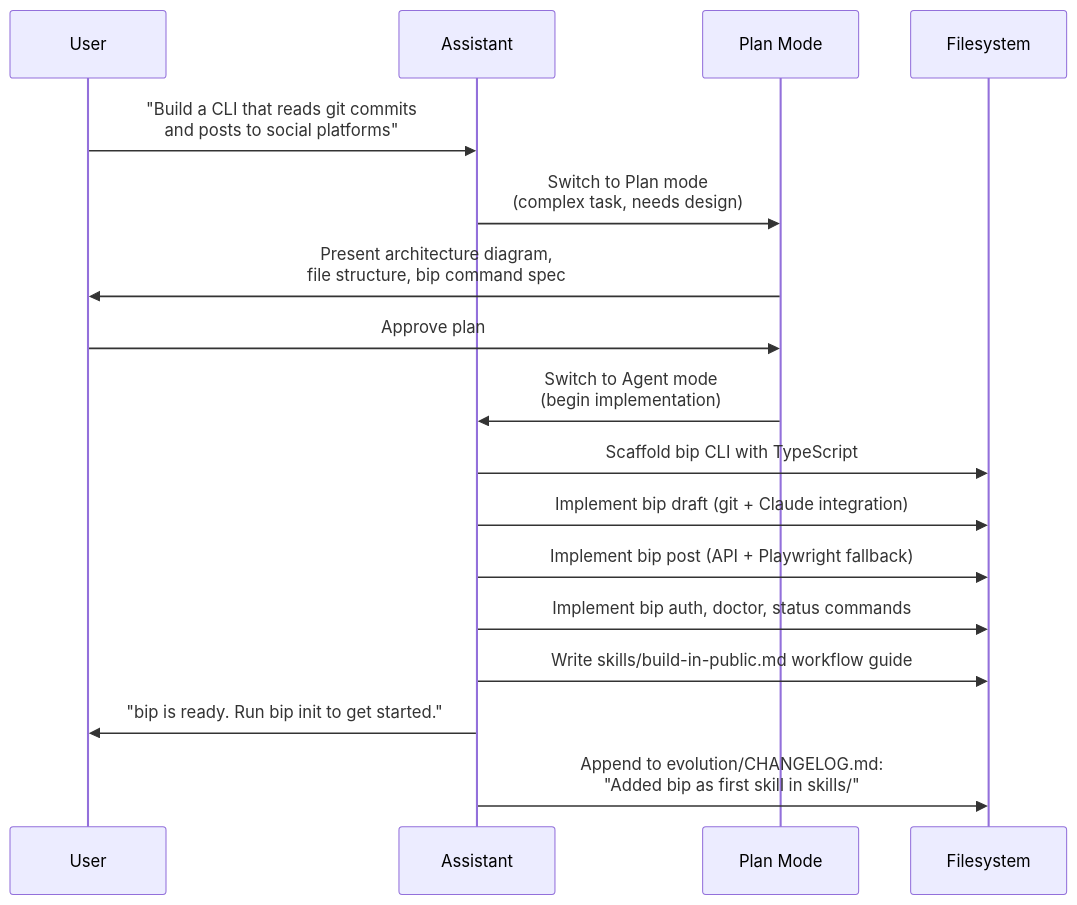
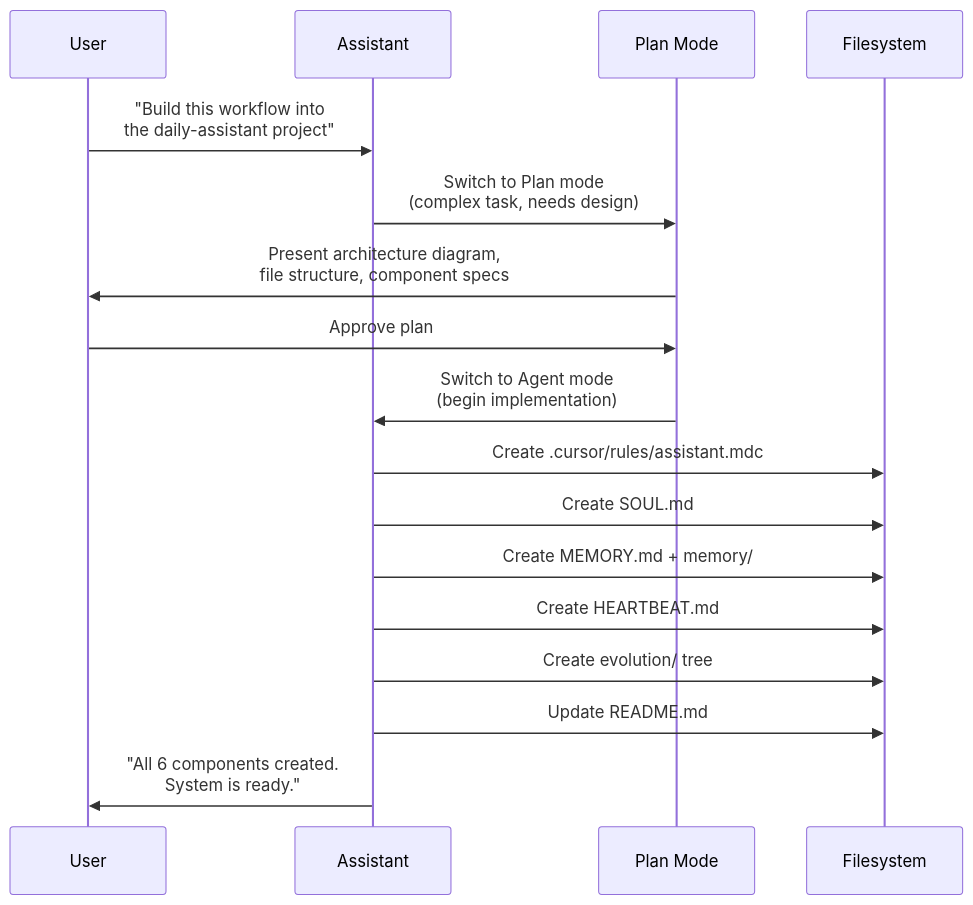
One commit to cynthialmy/cynthialmy.github.io changed the seventh of 11 diagrams in _posts/2026-02-27-self-evolving-ai-assistant.md. Above: the diagram before and after it, drawn with Mermaid. The commit also changed other lines of this file, not shown here.

Commit message:
updated post about bip

````diff
--- a/_posts/2026-02-27-self-evolving-ai-assistant.md
+++ b/_posts/2026-02-27-self-evolving-ai-assistant.md
@@ -431,20 +466,20 @@
 ```mermaid
 sequenceDiagram
     participant User
     participant Assistant
     participant Plan as Plan Mode
     participant FS as Filesystem
 
-    User->>Assistant: "Build a CLI that reads git commits<br/>and posts to social platforms"
+    User->>Assistant: "Build this workflow into<br/>the daily-assistant project"
     Assistant->>Plan: Switch to Plan mode<br/>(complex task, needs design)
-    Plan->>User: Present architecture diagram,<br/>file structure, bip command spec
+    Plan->>User: Present architecture diagram,<br/>file structure, component specs
     User->>Plan: Approve plan
     Plan->>Assistant: Switch to Agent mode<br/>(begin implementation)
-    Assistant->>FS: Scaffold bip CLI with TypeScript
-    Assistant->>FS: Implement bip draft (git + Claude integration)
-    Assistant->>FS: Implement bip post (API + Playwright fallback)
-    Assistant->>FS: Implement bip auth, doctor, status commands
-    Assistant->>FS: Write skills/build-in-public.md workflow guide
-    Assistant->>User: "bip is ready. Run bip init to get started."
-    Assistant->>FS: Append to evolution/CHANGELOG.md:<br/>"Added bip as first skill in skills/"
+    Assistant->>FS: Create .cursor/rules/assistant.mdc
+    Assistant->>FS: Create SOUL.md
+    Assistant->>FS: Create MEMORY.md + memory/
+    Assistant->>FS: Create HEARTBEAT.md
+    Assistant->>FS: Create evolution/ tree
+    Assistant->>FS: Update README.md
+    Assistant->>User: "All 6 components created.<br/>System is ready."
 ```
````
